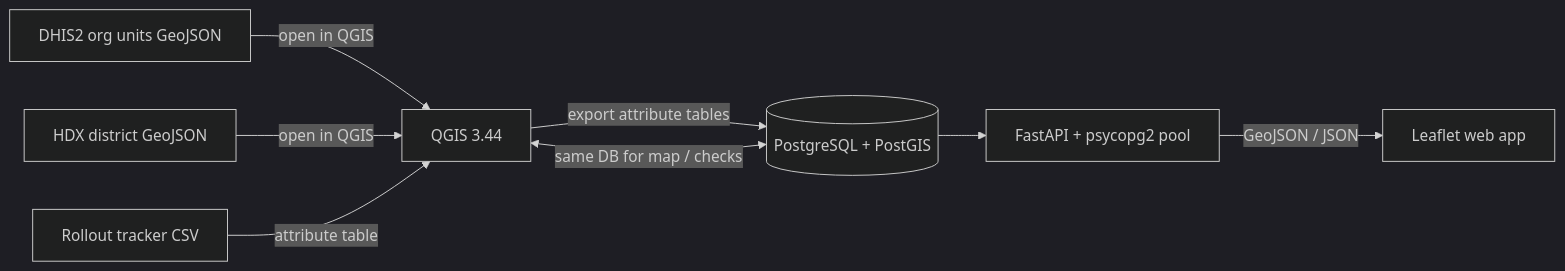
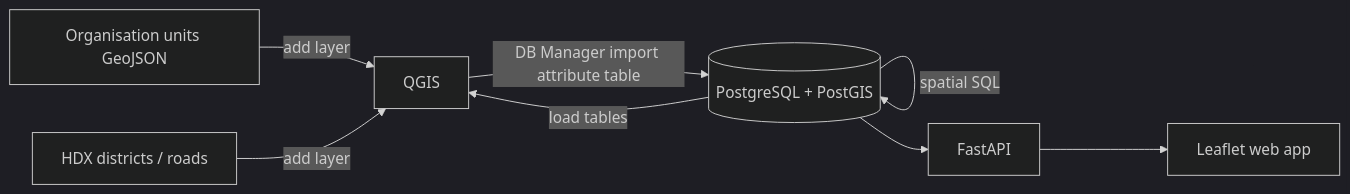
The diagram in README.md (evance-mose/FacilityGeo-Malawi), drawn with Mermaid (dark theme) before and after one commit. The commit also changed other lines of this file and 2 other files, not shown here.

Commit message:
Refine README.md and IMPORT.md to clarify the use of DHIS2 Organisation units, update data import instructions, and enhance spatial SQL steps for consistency with lecture methods.

````diff
--- a/README.md
+++ b/README.md
@@ -20,10 +26,10 @@
 ```mermaid
 flowchart LR
-    A[DHIS2 org units GeoJSON] -->|open in QGIS| Q[QGIS 3.44]
-    B[HDX district GeoJSON] -->|open in QGIS| Q
-    C[Rollout tracker CSV] -->|attribute table| Q
-    Q -->|export attribute tables| P[(PostgreSQL + PostGIS)]
-    P --> F[FastAPI + psycopg2 pool]
-    F -->|GeoJSON / JSON| L[Leaflet web app]
-    P <-->|same DB for map / checks| Q
+    A[Organisation units GeoJSON] -->|add layer| Q[QGIS]
+    B[HDX districts / roads] -->|add layer| Q
+    Q -->|DB Manager import attribute table| P[(PostgreSQL + PostGIS)]
+    P -->|spatial SQL| P
+    P -->|load tables| Q
+    P --> F[FastAPI]
+    F --> L[Leaflet web app]
 ```
````
